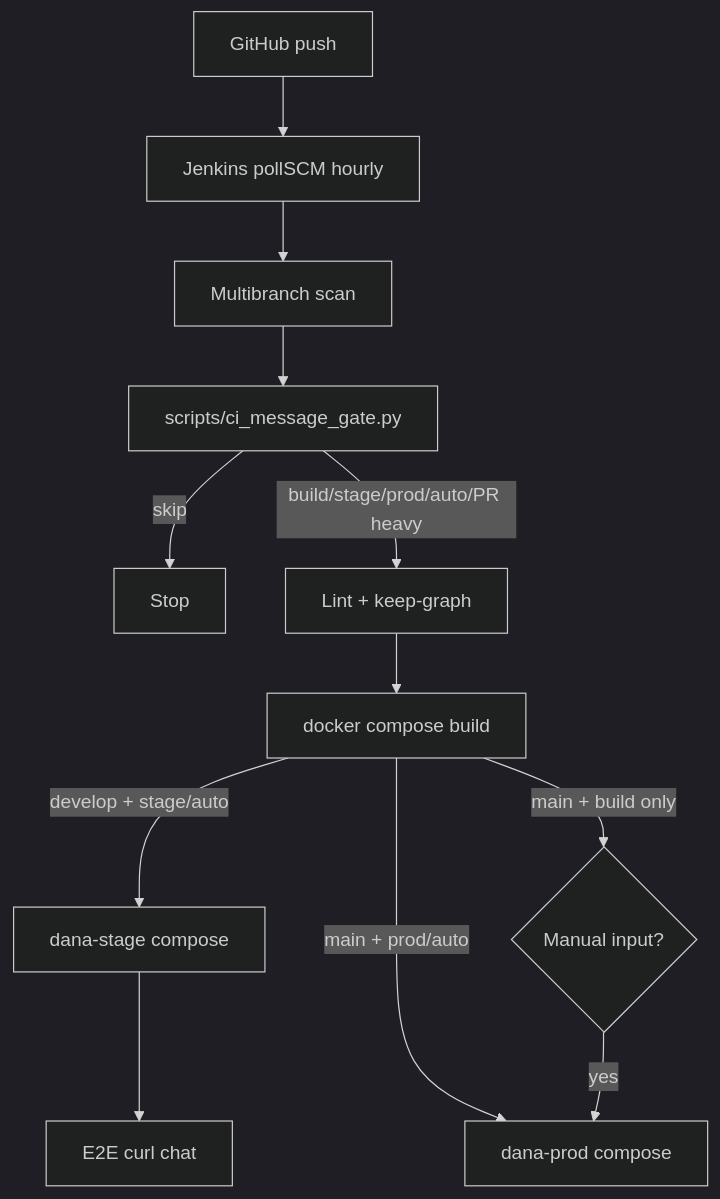
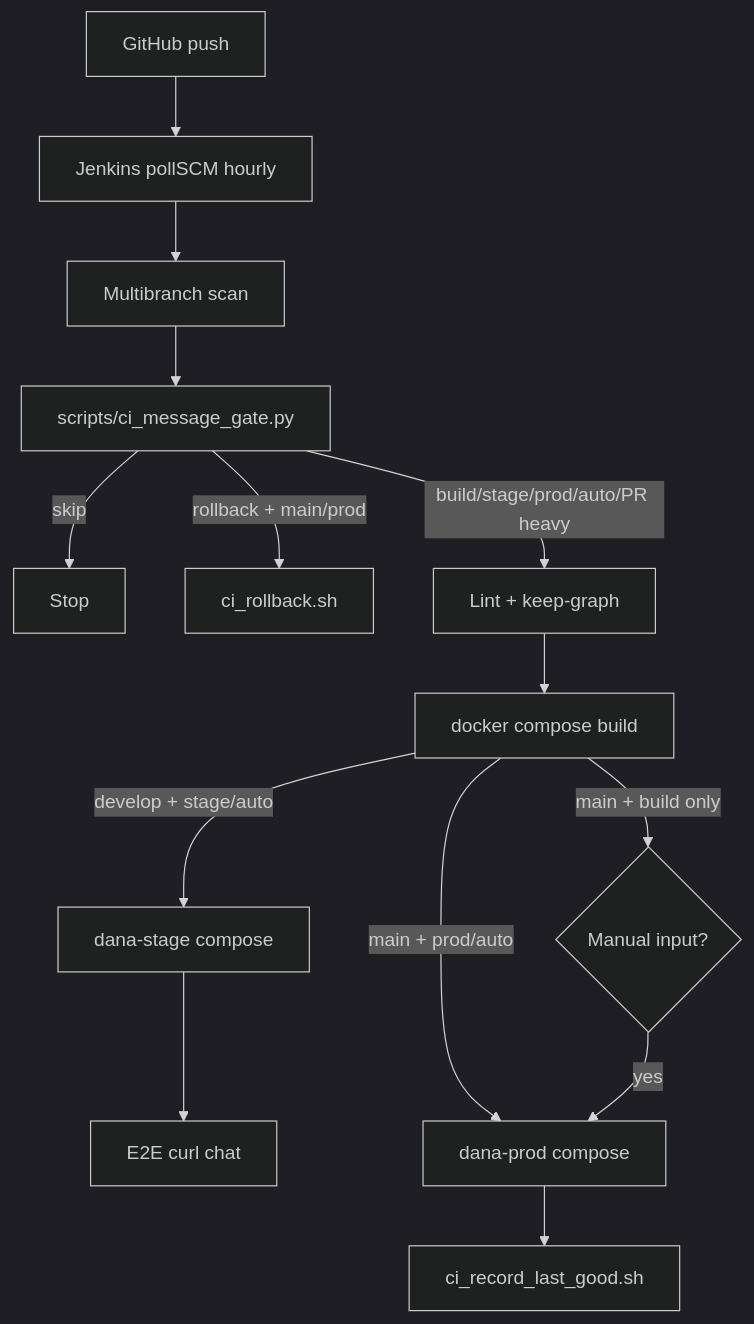
Before and after one commit to AliNikkhah2001/Work_Credit-RAG_Phase1: the diagram in deploy/jenkins/README.md, drawn with Mermaid (dark theme). The commit also changed other lines of this file and 8 other files, not shown here.

First line of the commit message:
feat(ci): Sprint C promote path and prod rollback

````diff
--- a/deploy/jenkins/README.md
+++ b/deploy/jenkins/README.md
@@ -66,14 +77,16 @@
 ```mermaid
 flowchart TD
   push[GitHub push] --> poll[Jenkins pollSCM hourly]
   poll --> mb[Multibranch scan]
   mb --> gate[scripts/ci_message_gate.py]
   gate -->|skip| stop[Stop]
+  gate -->|rollback + main/prod| rollback[ci_rollback.sh]
   gate -->|build/stage/prod/auto/PR heavy| lint[Lint + keep-graph]
   lint --> images[docker compose build]
   images -->|develop + stage/auto| stageDeploy[dana-stage compose]
   stageDeploy --> e2e[E2E curl chat]
   images -->|main + prod/auto| prodDeploy[dana-prod compose]
+  prodDeploy --> record[ci_record_last_good.sh]
   images -->|main + build only| ask{Manual input?}
   ask -->|yes| prodDeploy
 ```
````
